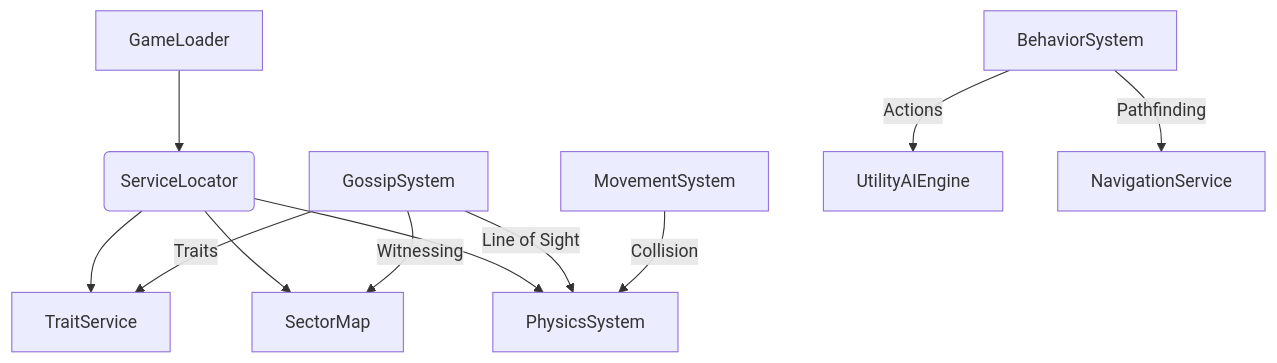
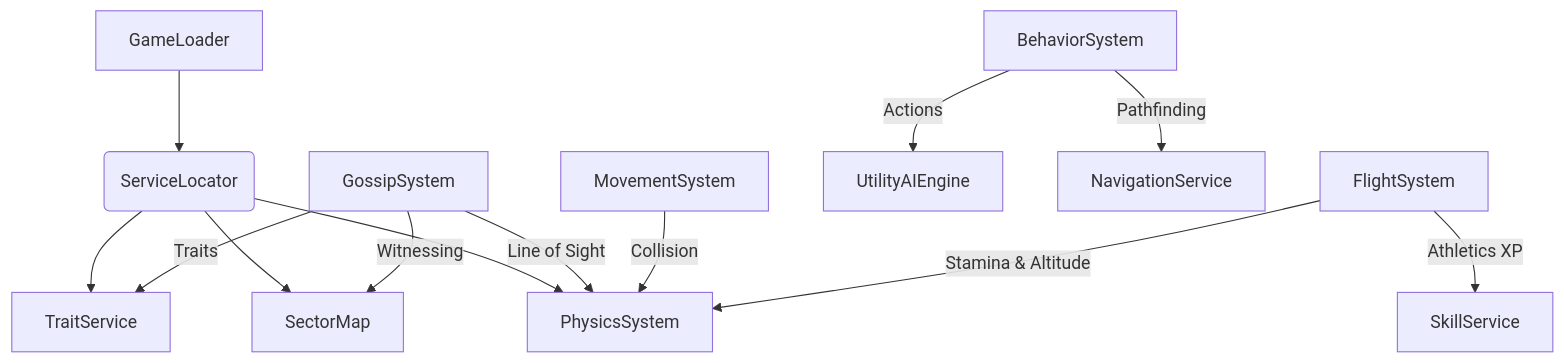
The diagram in docs/SYSTEMS_OVERVIEW.md (I-Have-No-Idea-What-IAmDoing/Vibecoded_Yukkuri_Game), drawn with Mermaid before and after one commit. The commit also changed other lines of this file and 37 other files, not shown here.

````diff
--- a/docs/SYSTEMS_OVERVIEW.md
+++ b/docs/SYSTEMS_OVERVIEW.md
@@ -15,16 +15,19 @@
 ```mermaid
 graph TD
     A[GameLoader] --> B(ServiceLocator)
     B --> C[PhysicsSystem]
     B --> D[SectorMap]
     B --> E[TraitService]
     
     F[GossipSystem] -->|Witnessing| D
     F -->|Line of Sight| C
     F -->|Traits| E
     
     G[MovementSystem] -->|Collision| C
     
     H[BehaviorSystem] -->|Actions| I[UtilityAIEngine]
     H -->|Pathfinding| J[NavigationService]
+
+    K[FlightSystem] -->|Stamina & Altitude| C
+    K -->|Athletics XP| L[SkillService]
 ```
````
